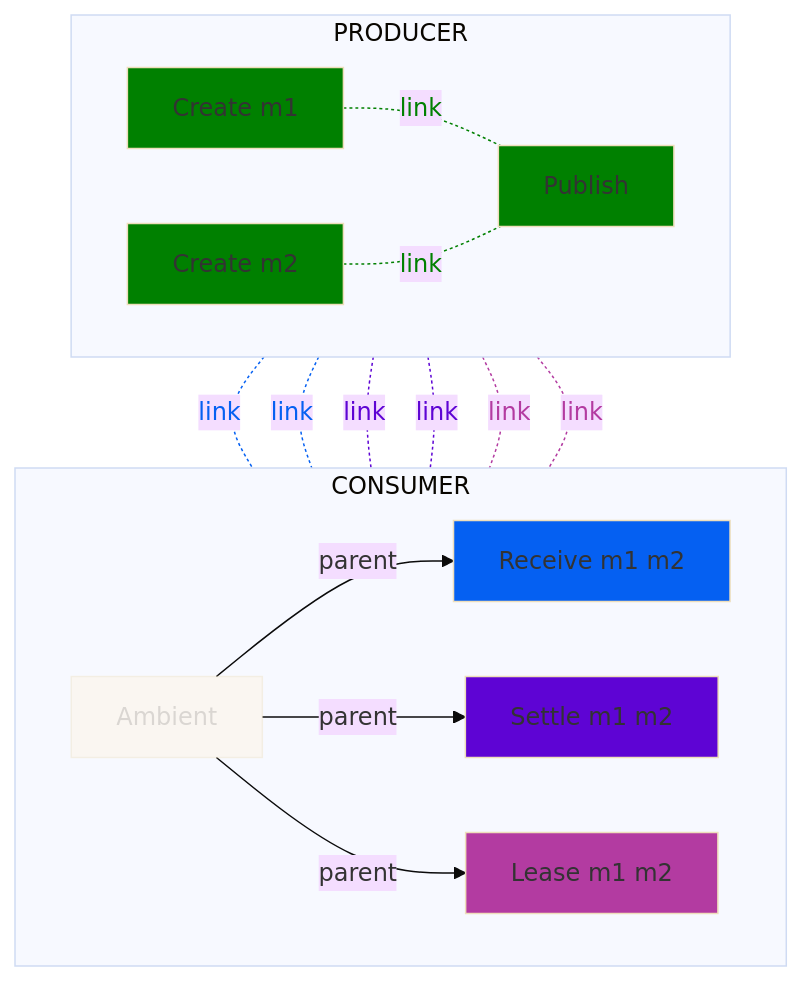
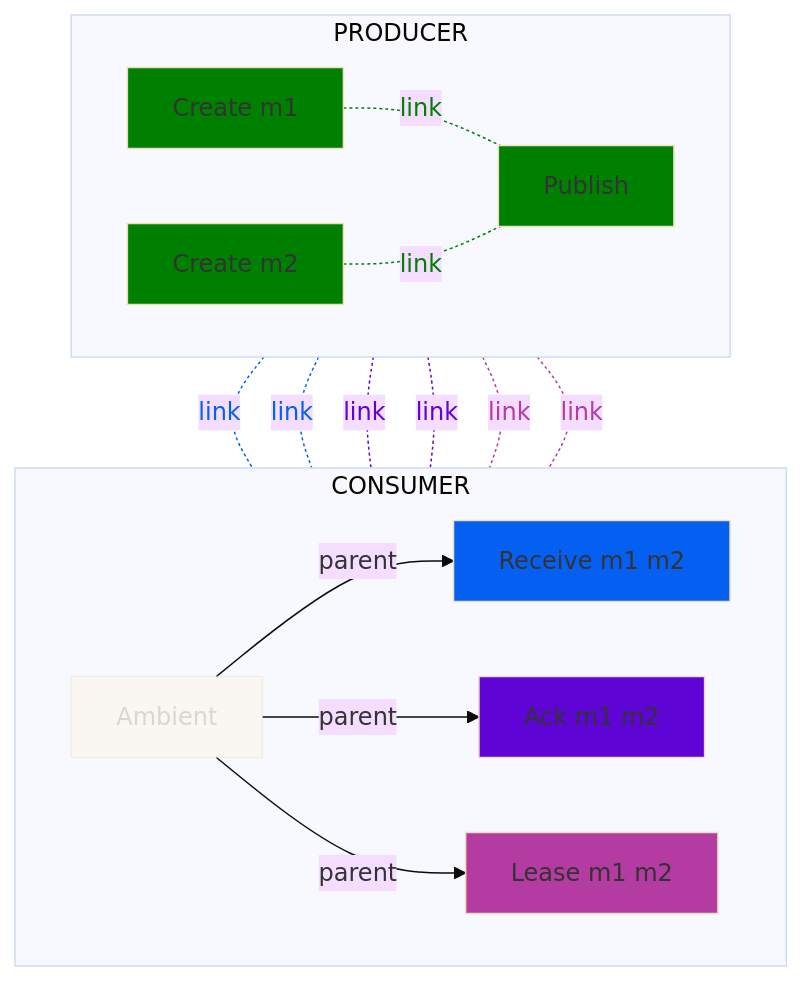
The fourth of 29 diagrams in docs/messaging/gcp-pubsub.md (alevenberg/semantic-conventions), drawn with Mermaid (base theme) before and after one commit. The commit also changed other lines of this file, not shown here.

Commit message:
wip, change to ack/modack

````diff
--- a/docs/messaging/gcp-pubsub.md
+++ b/docs/messaging/gcp-pubsub.md
@@ -196,38 +196,38 @@
 ```mermaid
 flowchart TD;
   subgraph CONSUMER
   direction LR
   A[Ambient]-- parent -->RM1[Receive m1 m2]
-  A-- parent -->SM1[Settle m1 m2]
+  A-- parent -->SM1[Ack m1 m2]
   A-- parent -->L[Lease m1 m2]
   end
   subgraph PRODUCER
   direction LR
   CM1[Create m1]
   CM2[Create m2]
   P[Publish]
   end
   CM1-. link .-P;
   CM2-. link .-P;
   CM1-. link .-RM1;
   CM2-. link .-RM1;
   CM1-. link .-SM1;
   CM2-. link .-SM1;
   CM1-. link .-L;
   CM2-. link .-L;
 
   classDef ack fill:#5e04d4
   class SM1 ack
   classDef consumer fill:#0560f2
   class RM1 consumer
   classDef producer fill:green
   class P,CM1,CM2 producer
   classDef lease fill:#b33ba1
   class L lease
   classDef additional opacity:0.4
   class A additional
   linkStyle 3,4 color:green,stroke:green 
   linkStyle 5,6 color:#0560f2,stroke:#0560f2
   linkStyle 7,8 color:#5e04d4,stroke:#5e04d4
   linkStyle 9,10 color:#b33ba1,stroke:#b33ba1
 ```
````
